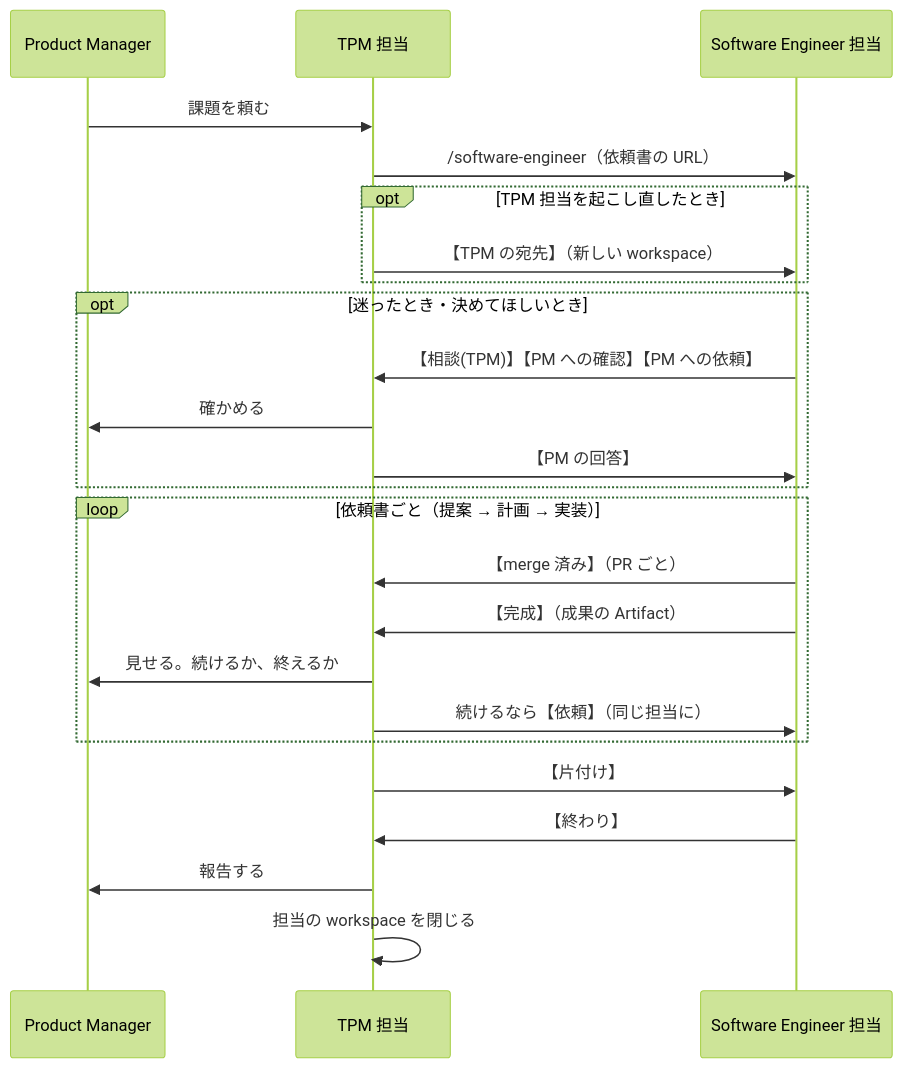
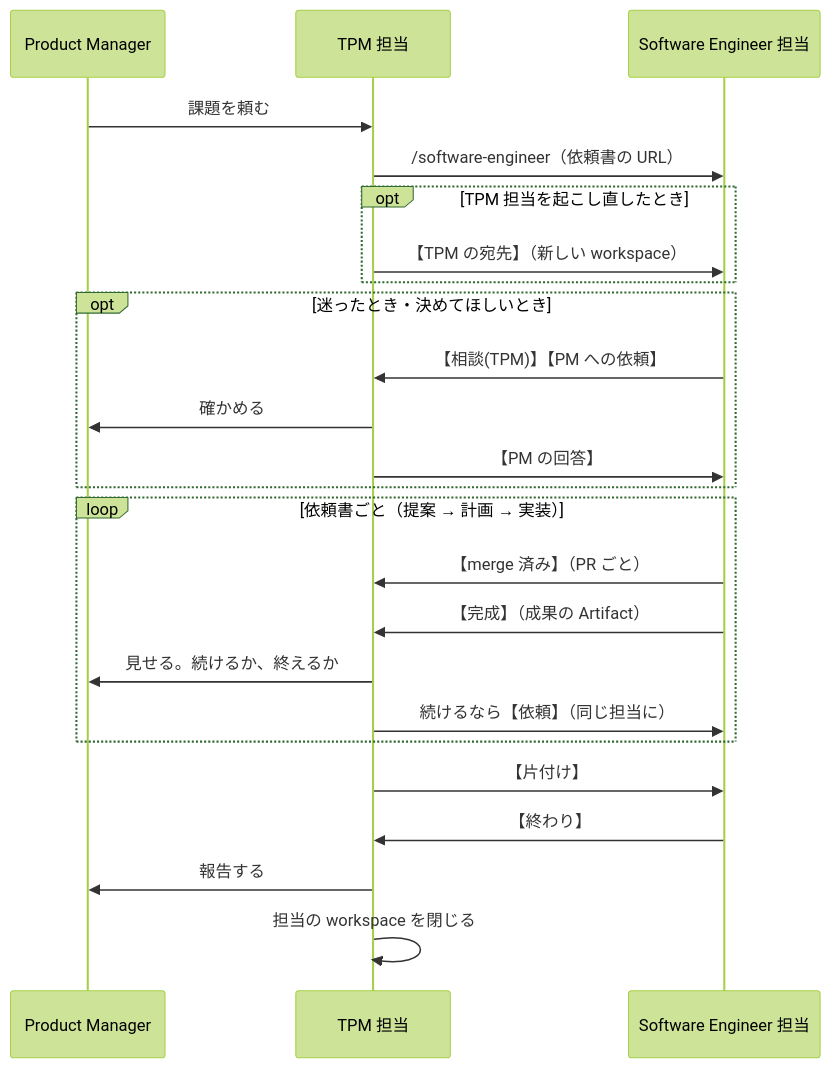
The diagram in docs-site/src/content/docs/protocol.md (uraitakahito/roster), drawn with Mermaid (forest theme) before and after one commit. The commit also changed 6 other files, not shown here.

````diff
--- a/docs-site/src/content/docs/protocol.md
+++ b/docs-site/src/content/docs/protocol.md
@@ -20,26 +20,26 @@
 ```mermaid
 sequenceDiagram
   participant PM as Product Manager
   participant TPM as TPM 担当
   participant SE as Software Engineer 担当
   PM->>TPM: 課題を頼む
   TPM->>SE: /software-engineer（依頼書の URL）
   opt TPM 担当を起こし直したとき
     TPM->>SE: 【TPM の宛先】（新しい workspace）
   end
   opt 迷ったとき・決めてほしいとき
-    SE->>TPM: 【相談(TPM)】【PM への確認】【PM への依頼】
+    SE->>TPM: 【相談(TPM)】【PM への依頼】
     TPM->>PM: 確かめる
     TPM->>SE: 【PM の回答】
   end
   loop 依頼書ごと（提案 → 計画 → 実装）
     SE->>TPM: 【merge 済み】（PR ごと）
     SE->>TPM: 【完成】（成果の Artifact）
     TPM->>PM: 見せる。続けるか、終えるか
     TPM->>SE: 続けるなら【依頼】（同じ担当に）
   end
   TPM->>SE: 【片付け】
   SE->>TPM: 【終わり】
   TPM->>PM: 報告する
   TPM->>TPM: 担当の workspace を閉じる
 ```
````
